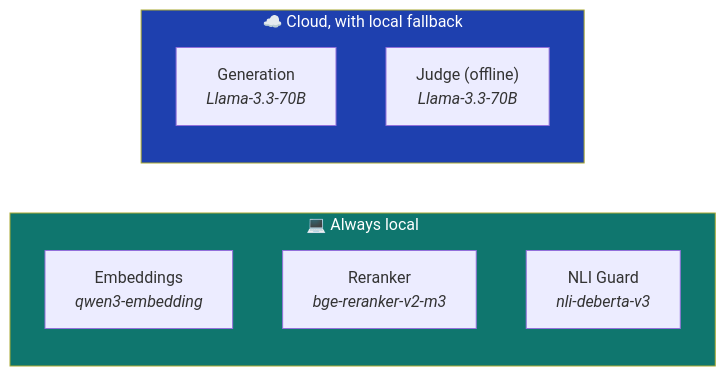
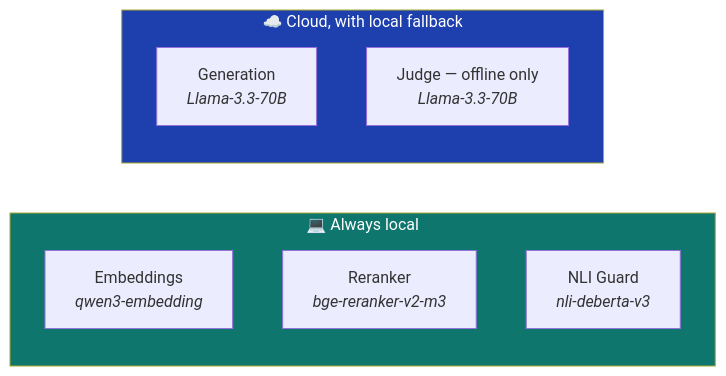
Before and after one commit to sairamsrujan/RepoMind: the fourth of 5 diagrams in README.md, drawn with Mermaid. The commit also changed other lines of this file and 19 other files, not shown here.

````diff
--- a/README.md
+++ b/README.md
@@ -274,14 +342,14 @@
 ```mermaid
 flowchart LR
     subgraph LOCAL["💻 Always local"]
         E["Embeddings<br/><i>qwen3-embedding</i>"]
         R["Reranker<br/><i>bge-reranker-v2-m3</i>"]
         N["NLI Guard<br/><i>nli-deberta-v3</i>"]
     end
     subgraph SWAP["☁️ Cloud, with local fallback"]
         G["Generation<br/><i>Llama-3.3-70B</i>"]
-        J["Judge (offline)<br/><i>Llama-3.3-70B</i>"]
+        J["Judge — offline only<br/><i>Llama-3.3-70B</i>"]
     end
     style LOCAL fill:#0f766e,color:#fff
     style SWAP fill:#1e40af,color:#fff
 ```
````
